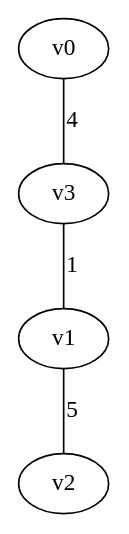
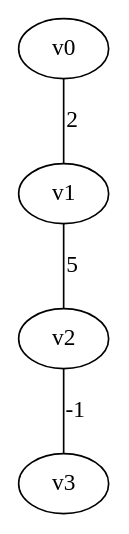
One commit to japie1235813/Algo_PA3 changed the diagram in outputs/gn4_dfs_2.dot. Above: the diagram before and after it, drawn with Graphviz. The commit also changed 13 other files, not shown here.

```diff
--- a/outputs/gn4_dfs_2.dot
+++ b/outputs/gn4_dfs_2.dot
@@ -1,5 +1,5 @@
 graph gn4_dfs {
-v0 -- v3 [label = "4"];
-v3 -- v1 [label = "1"];
+v0 -- v1 [label = "2"];
 v1 -- v2 [label = "5"];
+v2 -- v3 [label = "-1"];
 }
```
